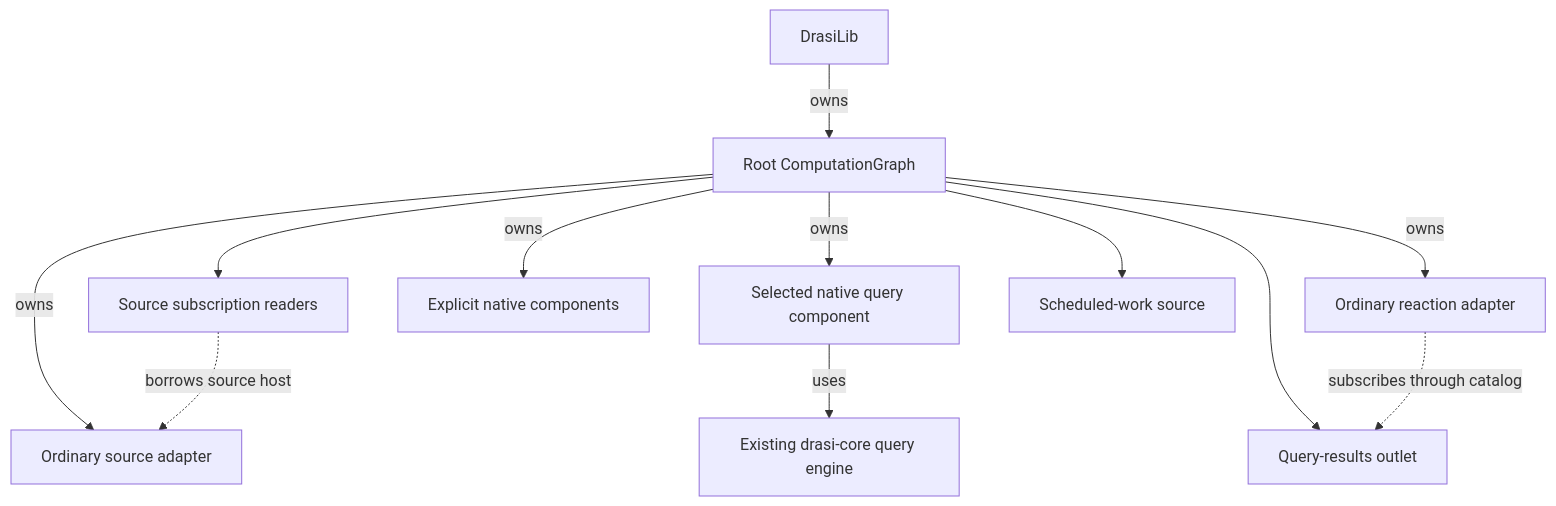
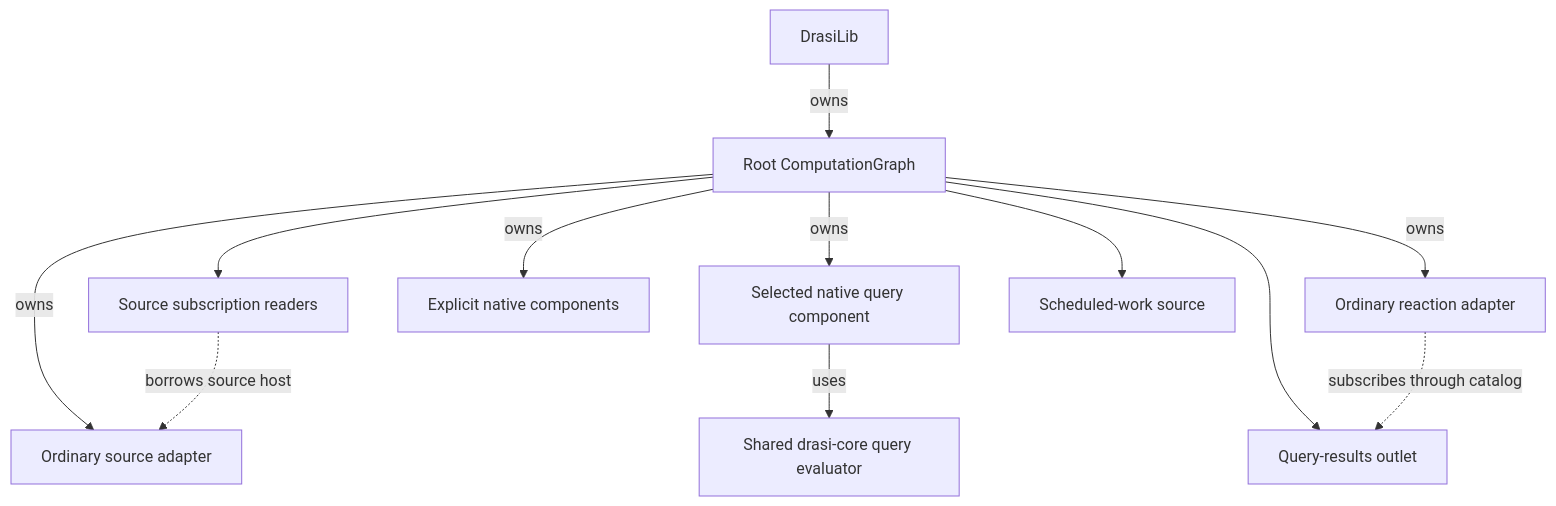
One commit to drasi-project/drasi-core changed the first of 2 diagrams in lib/docs/computation-graph-maintainers-guide.md. Above: the diagram before and after it, drawn with Mermaid. The commit also changed other lines of this file and 44 other files, not shown here.

First line of the commit message:
docs: refresh computation graph guides and remaining work

````diff
--- a/lib/docs/computation-graph-maintainers-guide.md
+++ b/lib/docs/computation-graph-maintainers-guide.md
@@ -178,14 +178,14 @@
 ```mermaid
 flowchart TB
     D[DrasiLib] -->|owns| R[Root ComputationGraph]
     R -->|owns| S[Ordinary source adapter]
     R -->|owns| Q[Selected native query component]
     R -->|owns| A[Ordinary reaction adapter]
     R -->|owns| N[Explicit native components]
-    Q -->|uses| EV[Existing drasi-core query engine]
+    Q -->|uses| EV[Shared drasi-core query evaluator]
     R --> SR[Source subscription readers]
     R --> TM[Scheduled-work source]
     R --> OUT[Query-results outlet]
     SR -. borrows source host .-> S
     A -. subscribes through catalog .-> OUT
 ```
````
